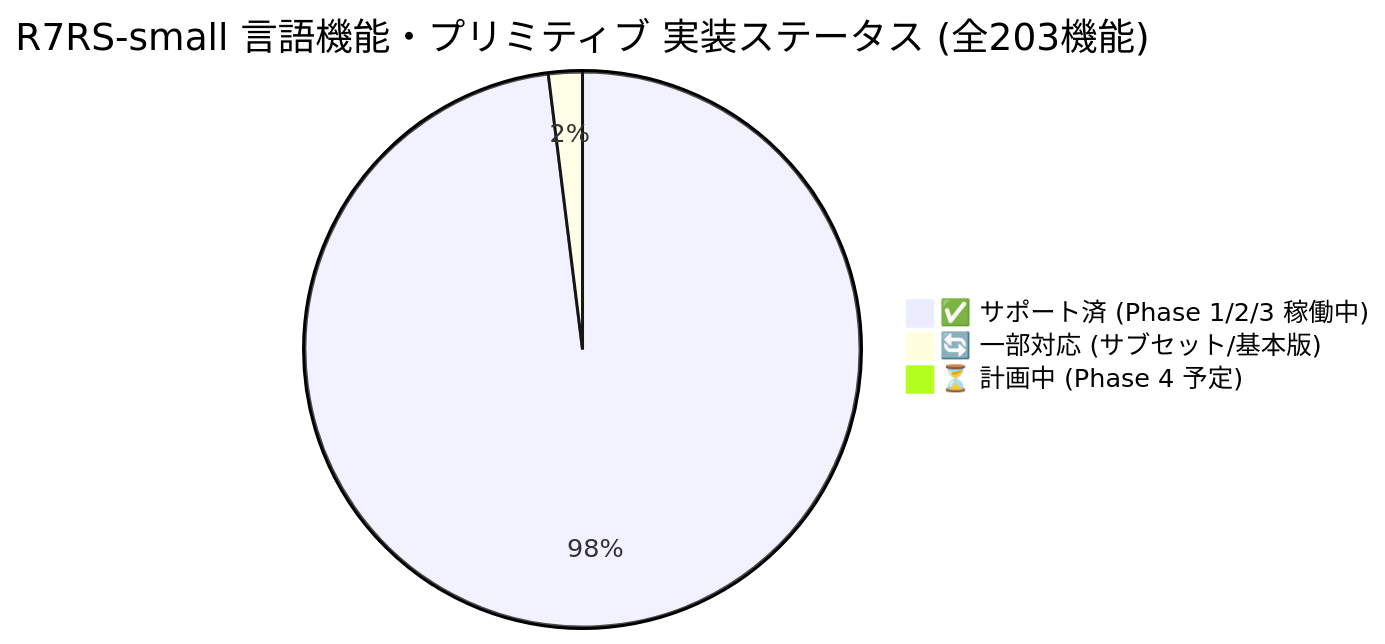
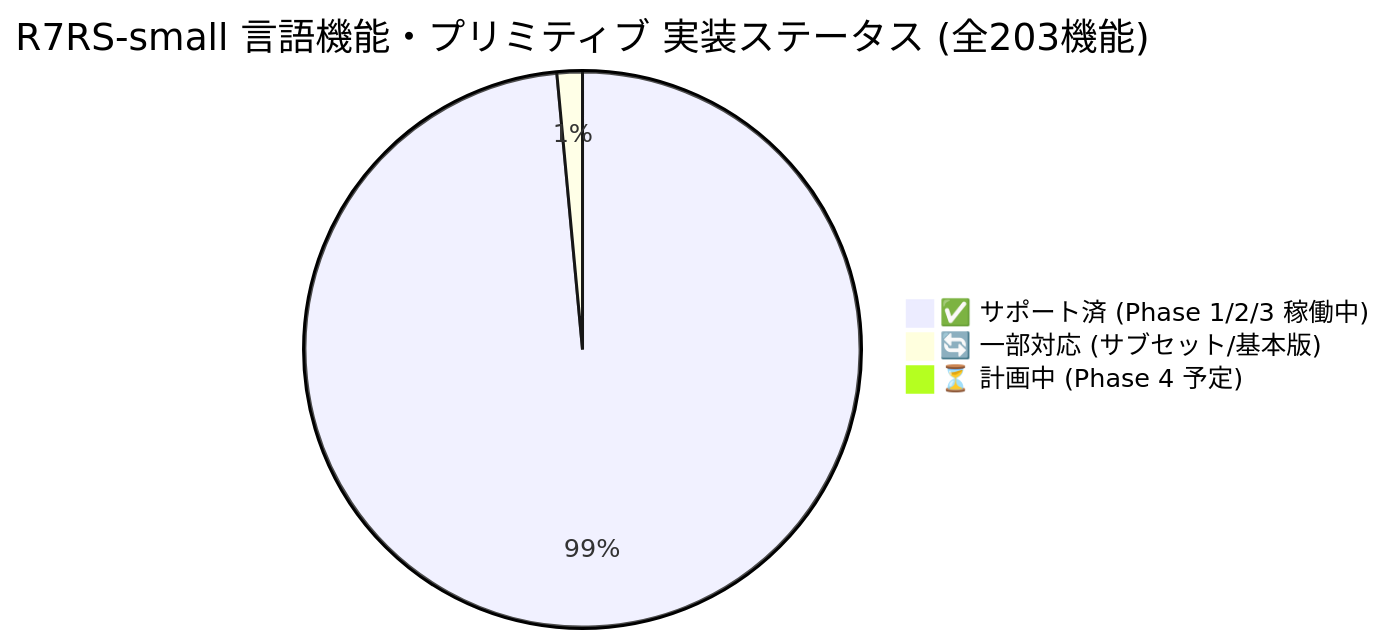
Before and after one commit to rokujyouhitoma/arxiv-security-papers: the first of 3 diagrams in ilisp/docs/SPEC_R7RS.md, drawn with Mermaid. The commit also changed other lines of this file and 4 other files, not shown here.

````diff
--- a/ilisp/docs/SPEC_R7RS.md
+++ b/ilisp/docs/SPEC_R7RS.md
@@ -17,6 +17,6 @@
 ```mermaid
 pie title R7RS-small 言語機能・プリミティブ 実装ステータス (全203機能)
-    "✅ サポート済 (Phase 1/2/3 稼働中)" : 199
-    "🔄 一部対応 (サブセット/基本版)" : 4
+    "✅ サポート済 (Phase 1/2/3 稼働中)" : 200
+    "🔄 一部対応 (サブセット/基本版)" : 3
     "⏳ 計画中 (Phase 4 予定)" : 0
 ```
````
